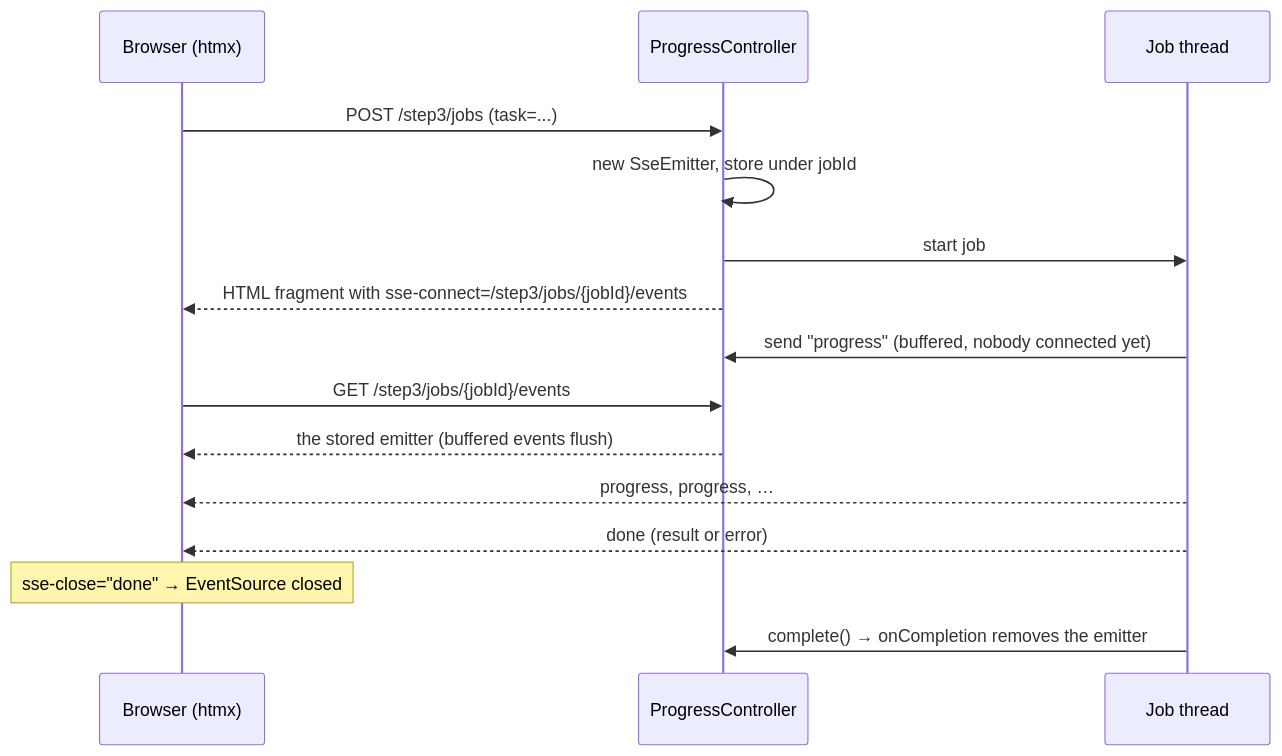
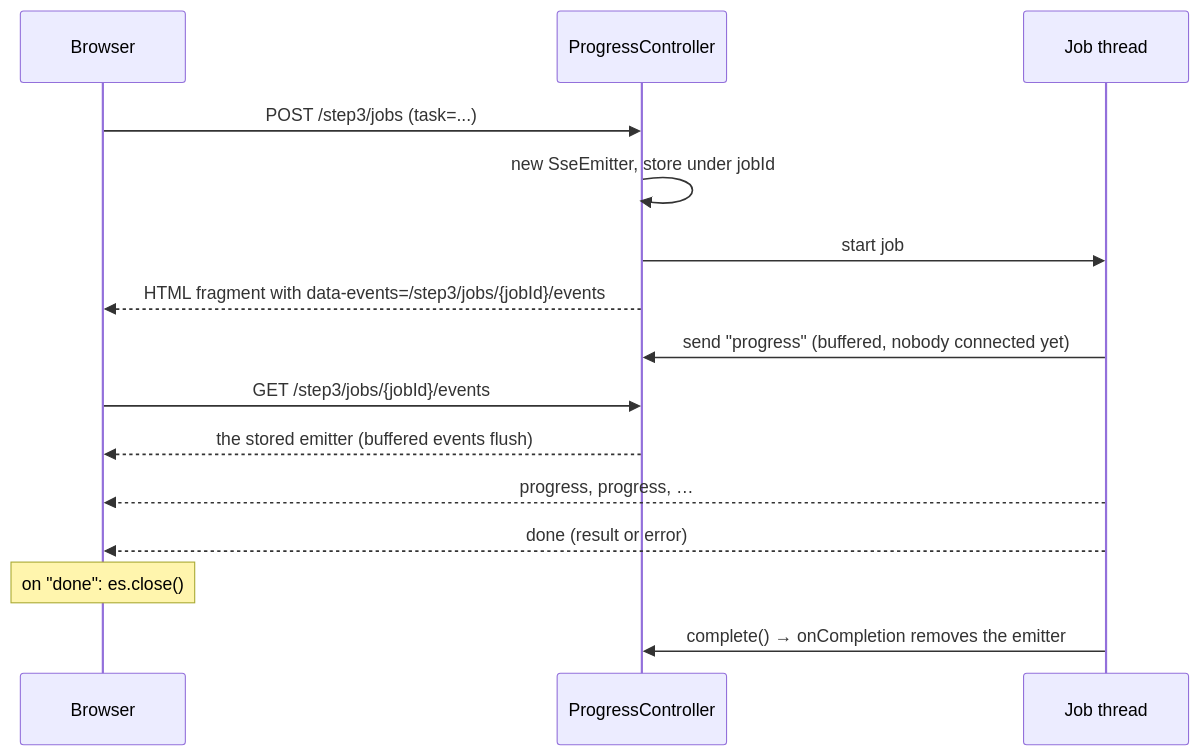
One commit to theautonomy/spring-mvc-sse-tutorial changed the first of 2 diagrams in TUTORIAL.md. Above: the diagram before and after it, drawn with Mermaid. The commit also changed other lines of this file and 13 other files, not shown here.

First line of the commit message:
Rewrite the SSE tutorial without htmx

````diff
--- a/TUTORIAL.md
+++ b/TUTORIAL.md
@@ -145,17 +149,17 @@
 ```mermaid
 sequenceDiagram
-    participant B as Browser (htmx)
+    participant B as Browser
     participant C as ProgressController
     participant J as Job thread
     B->>C: POST /step3/jobs (task=...)
     C->>C: new SseEmitter, store under jobId
     C->>J: start job
-    C-->>B: HTML fragment with sse-connect=/step3/jobs/{jobId}/events
+    C-->>B: HTML fragment with data-events=/step3/jobs/{jobId}/events
     J->>C: send "progress" (buffered, nobody connected yet)
     B->>C: GET /step3/jobs/{jobId}/events
     C-->>B: the stored emitter (buffered events flush)
     J-->>B: progress, progress, …
     J-->>B: done (result or error)
-    Note over B: sse-close="done" → EventSource closed
+    Note over B: on "done": es.close()
     J->>C: complete() → onCompletion removes the emitter
 ```
````
